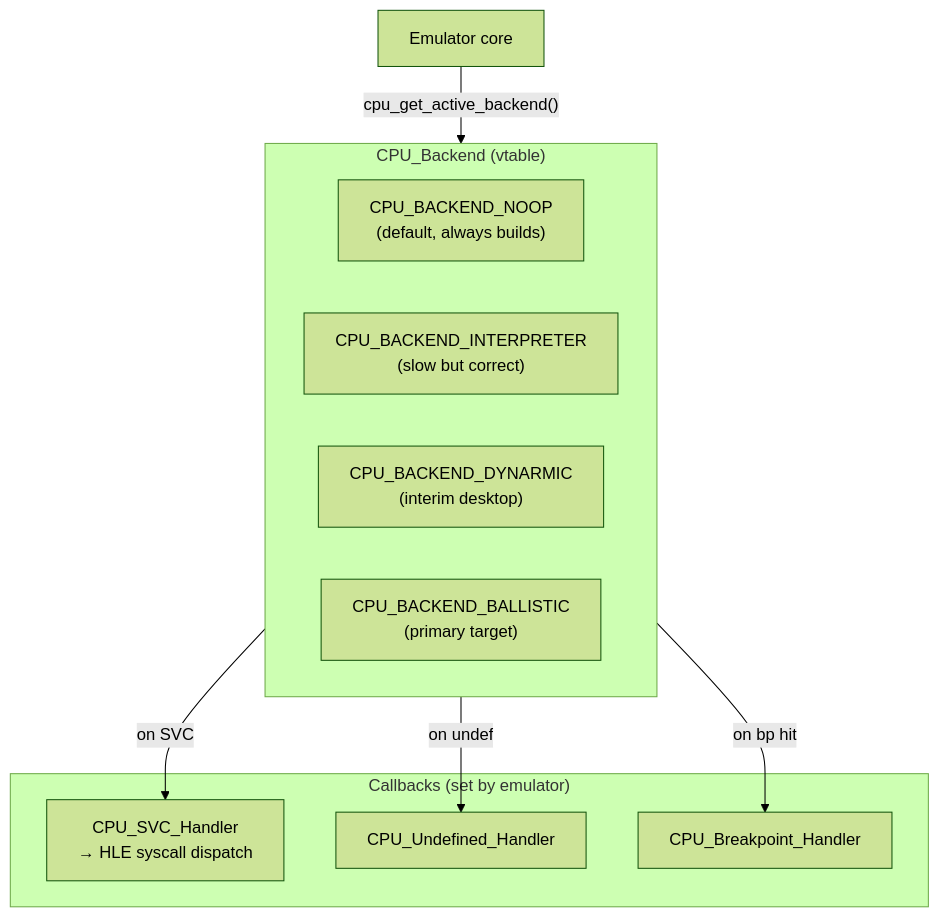
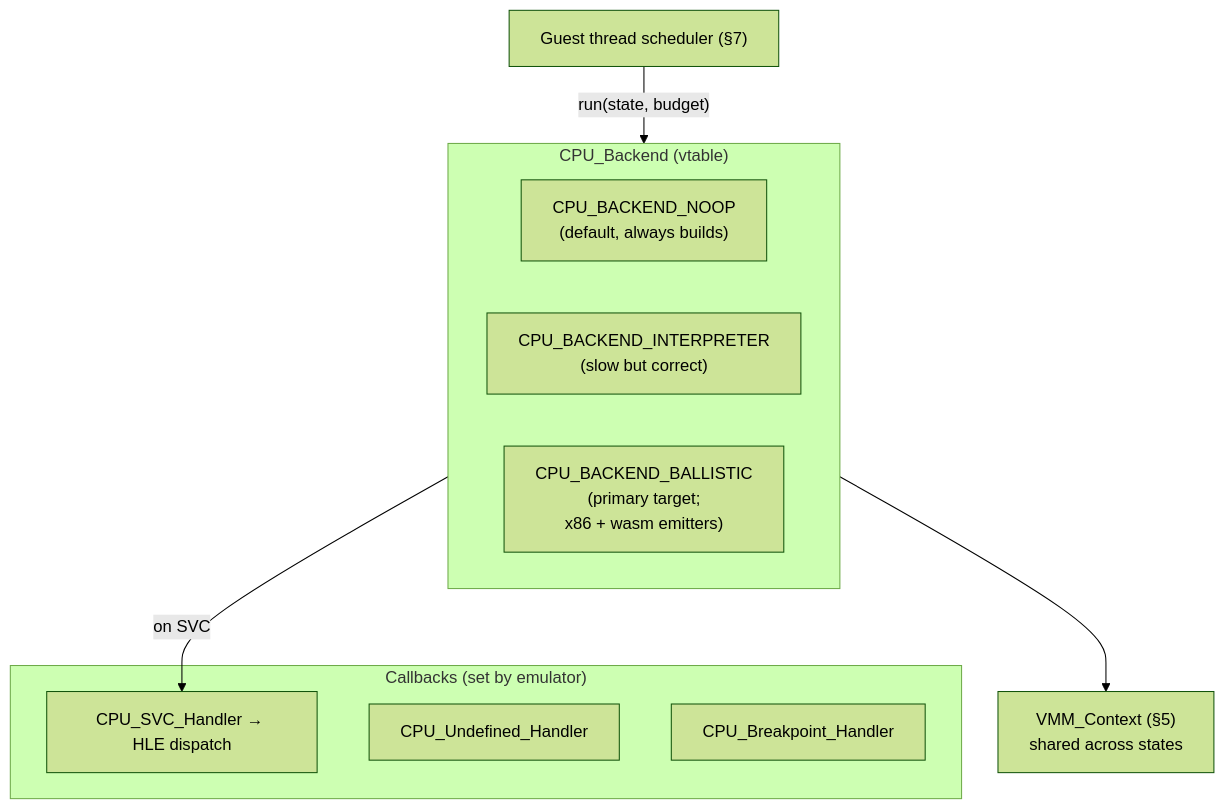
Before and after one commit to helloimthesigma-blip/Voland: the third of 15 diagrams in docs/DESIGN.md, drawn with Mermaid (forest theme). The commit also changed other lines of this file, not shown here.

````diff
--- a/docs/DESIGN.md
+++ b/docs/DESIGN.md
@@ -581,22 +726,22 @@
 ```mermaid
 flowchart TB
-    EM["Emulator core"]
+    SCHED["Guest thread scheduler (§7)"]
 
     subgraph BACKENDS["CPU_Backend (vtable)"]
         NOOP["CPU_BACKEND_NOOP<br/>(default, always builds)"]
         INT["CPU_BACKEND_INTERPRETER<br/>(slow but correct)"]
-        DYN["CPU_BACKEND_DYNARMIC<br/>(interim desktop)"]
-        BAL["CPU_BACKEND_BALLISTIC<br/>(primary target)"]
+        BAL["CPU_BACKEND_BALLISTIC<br/>(primary target;<br/>x86 + wasm emitters)"]
     end
 
     subgraph CB["Callbacks (set by emulator)"]
-        SVC["CPU_SVC_Handler<br/>→ HLE syscall dispatch"]
+        SVC["CPU_SVC_Handler → HLE dispatch"]
         UND["CPU_Undefined_Handler"]
         BP["CPU_Breakpoint_Handler"]
     end
 
-    EM -->|"cpu_get_active_backend()"| BACKENDS
+    VMM["VMM_Context (§5)<br/>shared across states"]
+
+    SCHED -->|"run(state, budget)"| BACKENDS
     BACKENDS -->|on SVC| SVC
-    BACKENDS -->|on undef| UND
-    BACKENDS -->|on bp hit| BP
+    BACKENDS --> VMM
 ```
````
